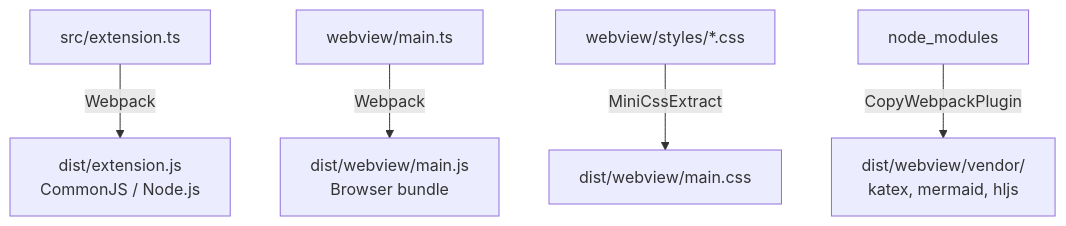
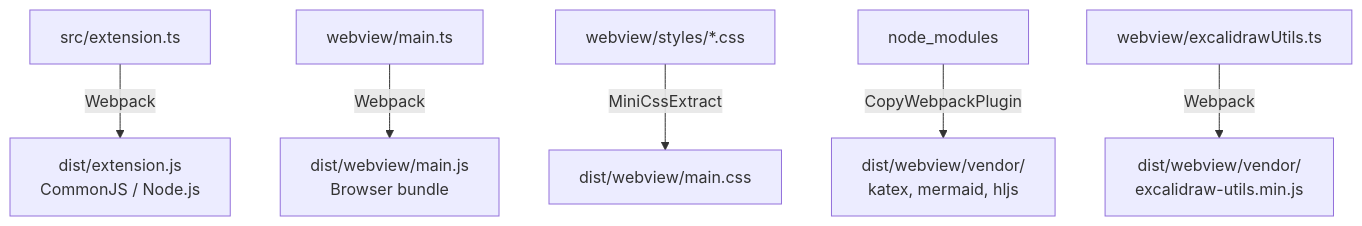
The fourth of 4 diagrams in docs/ARCHITECTURE.md (luongnv89/vscode-markdown-preview), drawn with Mermaid before and after one commit. The commit also changed other lines of this file and 6 other files, not shown here.

````diff
--- a/docs/ARCHITECTURE.md
+++ b/docs/ARCHITECTURE.md
@@ -140,7 +140,8 @@
 ```mermaid
 graph TD
     SRC[src/extension.ts] -->|Webpack| DIST1[dist/extension.js<br/>CommonJS / Node.js]
     WEB[webview/main.ts] -->|Webpack| DIST2[dist/webview/main.js<br/>Browser bundle]
     CSS[webview/styles/*.css] -->|MiniCssExtract| DIST3[dist/webview/main.css]
     VENDOR[node_modules] -->|CopyWebpackPlugin| DIST4[dist/webview/vendor/<br/>katex, mermaid, hljs]
+    EXC[webview/excalidrawUtils.ts] -->|Webpack| DIST5[dist/webview/vendor/<br/>excalidraw-utils.min.js]
 ```
````
